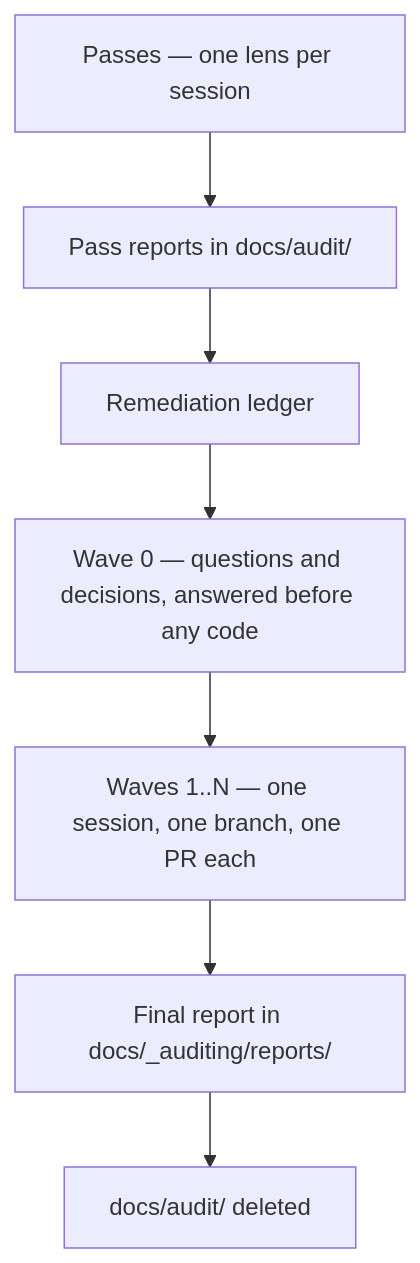
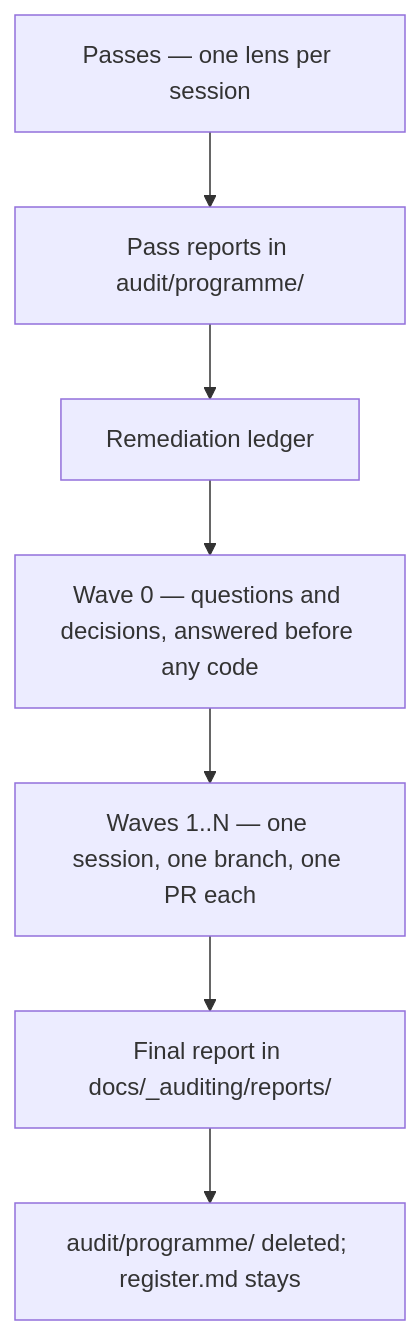
Before and after one commit to felzab/frankfurtleague: the diagram in docs/_auditing/README.md, drawn with Mermaid. The commit also changed other lines of this file and 26 other files, not shown here.

````diff
--- a/docs/_auditing/README.md
+++ b/docs/_auditing/README.md
@@ -24,9 +36,9 @@
 ```mermaid
 graph TD
-    p["Passes — one lens per session"] --> r["Pass reports in docs/audit/"]
+    p["Passes — one lens per session"] --> r["Pass reports in audit/programme/"]
     r --> l["Remediation ledger"]
     l --> w0["Wave 0 — questions and decisions, answered before any code"]
     w0 --> w["Waves 1..N — one session, one branch, one PR each"]
     w --> f["Final report in docs/_auditing/reports/"]
-    f --> d["docs/audit/ deleted"]
+    f --> d["audit/programme/ deleted; register.md stays"]
 ```
````
